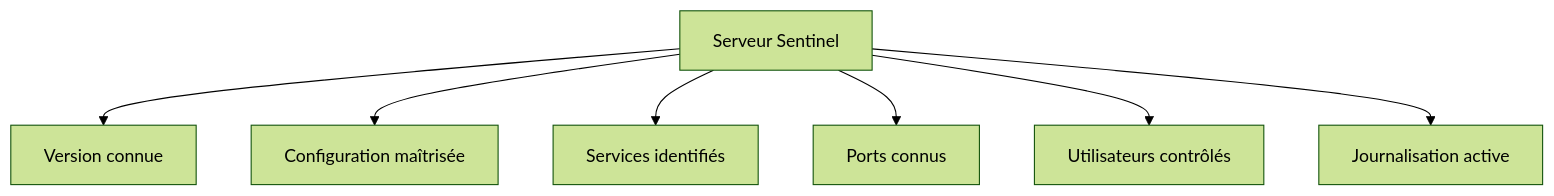
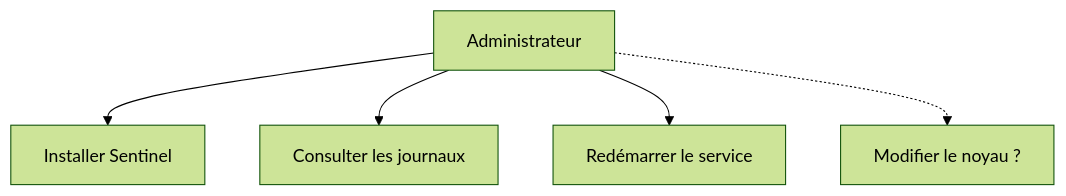
Diagram 18 of 20 in campagne 1/1.8.md (tdelaclos/formations), drawn with Mermaid (forest theme) before and after one commit. The commit also changed other lines of this file, not shown here.

````diff
--- a/campagne 1/1.8.md
+++ b/campagne 1/1.8.md
@@ -555,17 +798,13 @@
 ```mermaid
 flowchart TD
 
-A["Serveur Sentinel"]
+A["Administrateur"]
 
-A --> B["Version connue"]
+A --> B["Installer Sentinel"]
 
-A --> C["Configuration maîtrisée"]
+A --> C["Consulter les journaux"]
 
-A --> D["Services identifiés"]
+A --> D["Redémarrer le service"]
 
-A --> E["Ports connus"]
-
-A --> F["Utilisateurs contrôlés"]
-
-A --> G["Journalisation active"]
+A -.-> E["Modifier le noyau ?"]
 ```
````
